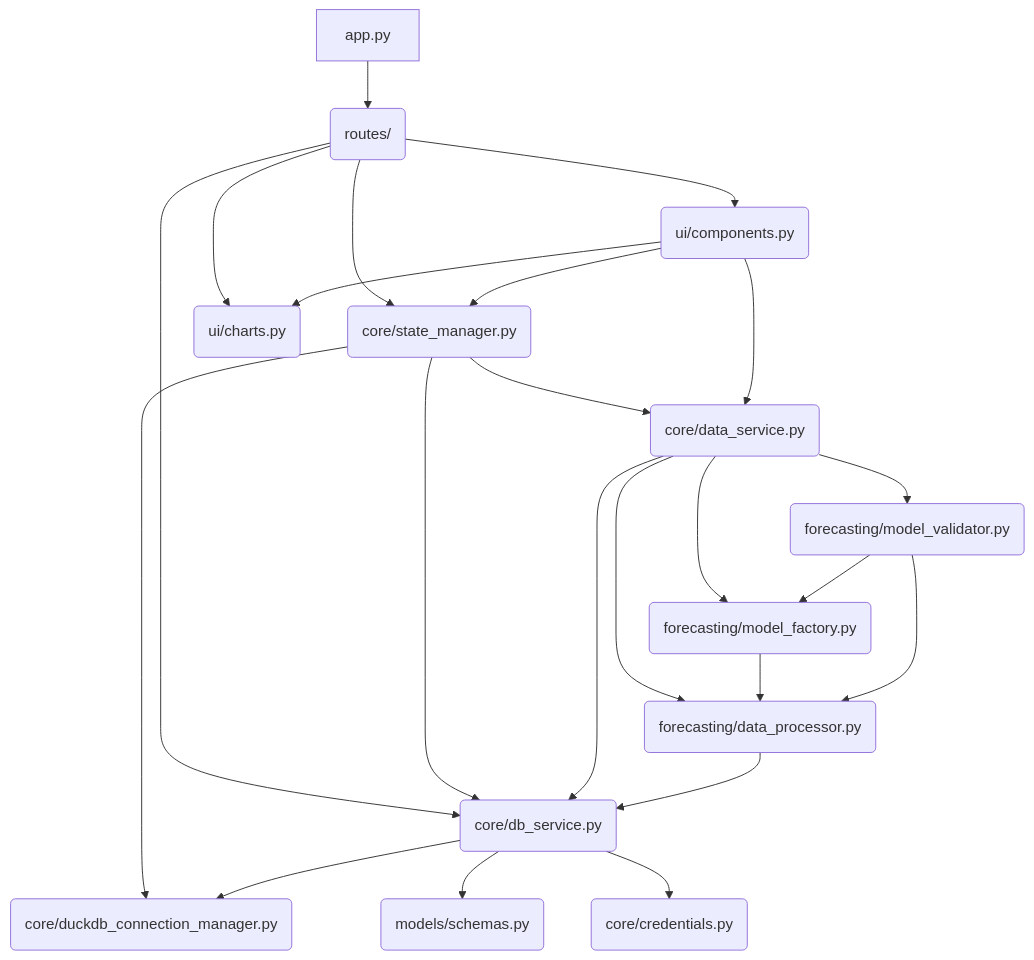
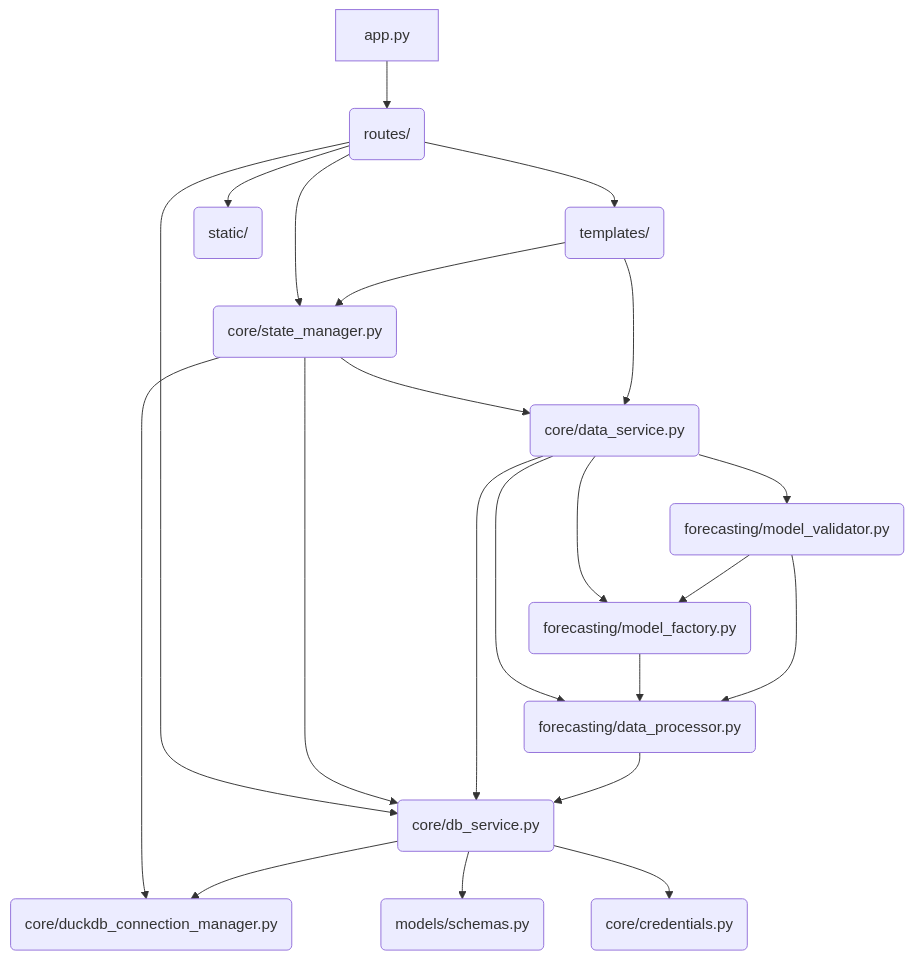
One commit to mswastik/fa-fcst changed the second of 2 diagrams in ARCHITECTURE.md. Above: the diagram before and after it, drawn with Mermaid. The commit also changed other lines of this file and 10 other files, not shown here.

````diff
--- a/ARCHITECTURE.md
+++ b/ARCHITECTURE.md
@@ -54,30 +52,29 @@
 ```mermaid
 graph TD
     A[app.py] --> B(routes/)
     B --> C(core/state_manager.py)
     B --> D(core/db_service.py)
-    B --> E(ui/components.py)
-    B --> F(ui/charts.py)
+    B --> E(templates/)
+    B --> F(static/)
 
     C --> D
     C --> G(core/data_service.py)
     C --> H(core/duckdb_connection_manager.py)
 
     D --> H
     D --> I(models/schemas.py)
     D --> J(core/credentials.py)
 
     G --> D
     G --> K(forecasting/data_processor.py)
     G --> L(forecasting/model_factory.py)
     G --> M(forecasting/model_validator.py)
 
     E --> C
     E --> G
-    E --> F
 
     K --> D
     L --> K
     M --> K
     M --> L
 ```
````
